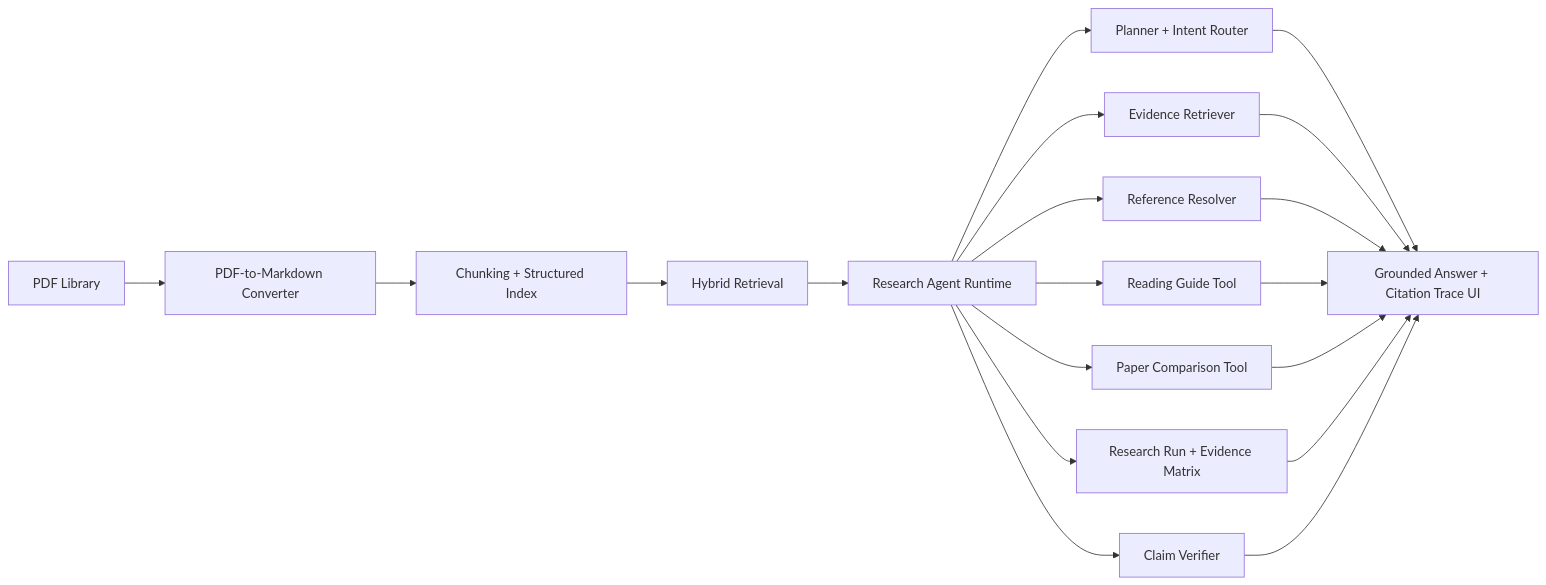
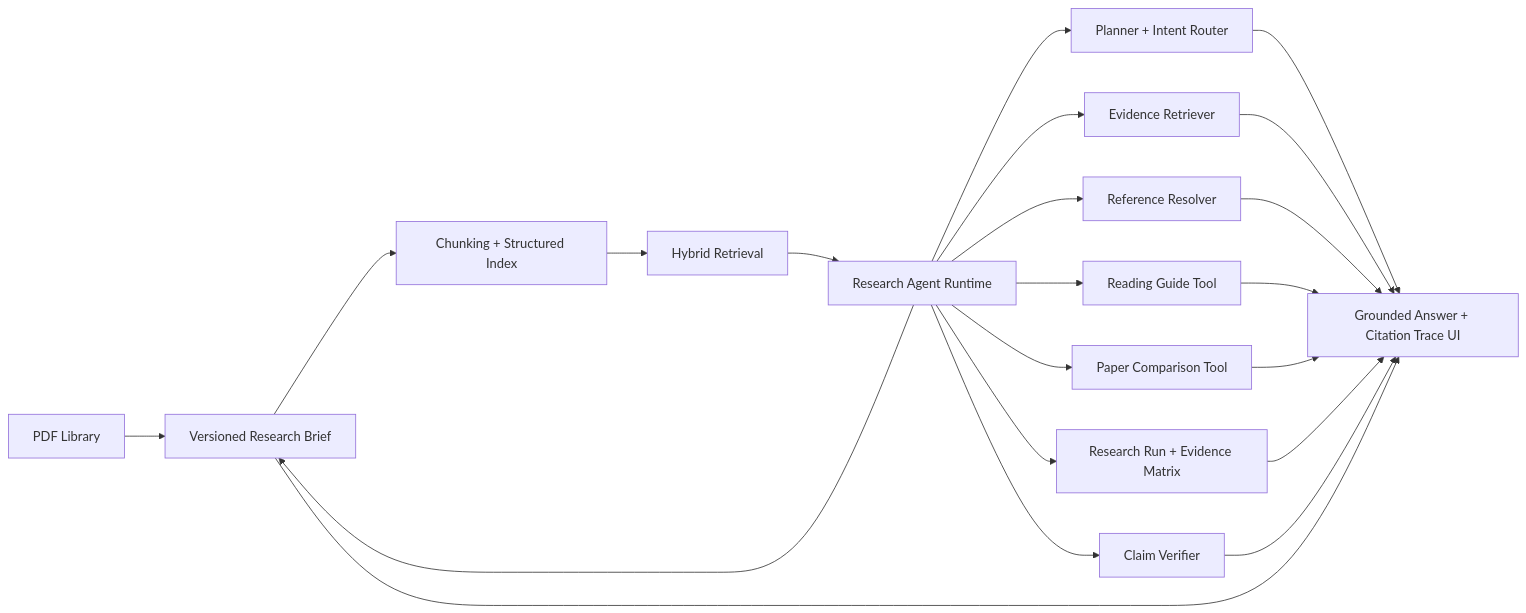
Before and after one commit to LittlePyx/Pi_zaya: the diagram in README.md, drawn with Mermaid. The commit also changed other lines of this file and 29 other files, not shown here.

````diff
--- a/README.md
+++ b/README.md
@@ -44,21 +46,23 @@
 ```mermaid
 flowchart LR
   A["PDF Library"] --> B["PDF-to-Markdown Converter"]
   B --> C["Chunking + Structured Index"]
   C --> D["Hybrid Retrieval"]
   D --> E["Research Agent Runtime"]
   E --> P["Planner + Intent Router"]
   E --> R["Evidence Retriever"]
   E --> X["Reference Resolver"]
   E --> G["Reading Guide Tool"]
   E --> M["Paper Comparison Tool"]
   E --> Q["Research Run + Evidence Matrix"]
   E --> V["Claim Verifier"]
+  E --> B["Versioned Research Brief"]
   P --> O["Grounded Answer + Citation Trace UI"]
   R --> O
   X --> O
   G --> O
   M --> O
   Q --> O
   V --> O
+  B --> O
 ```
````
